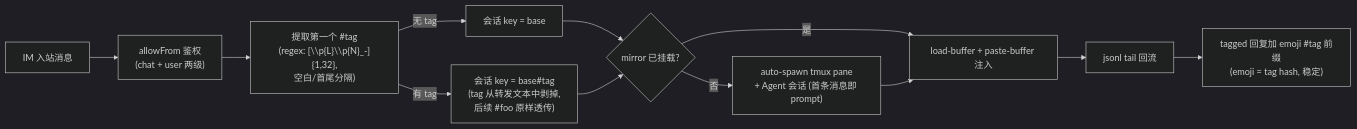
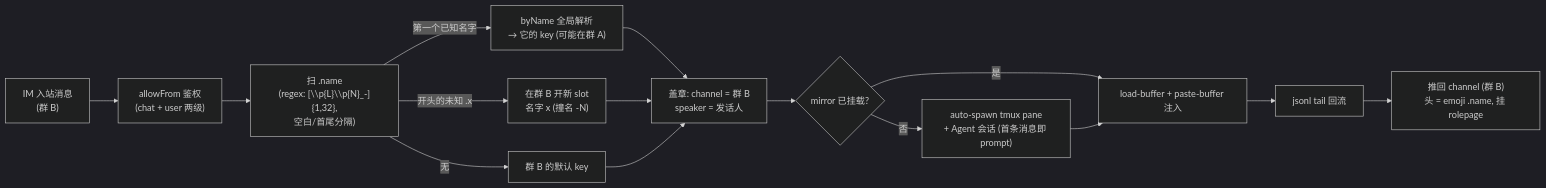
One commit to guxi11/wezard changed the fourth of 12 diagrams in 技术说明.md. Above: the diagram before and after it, drawn with Mermaid (dark theme). The commit also changed other lines of this file and 28 other files, not shown here.

First line of the commit message:
feat(wizard)!: 全局唯一名字 .name、公开/私聊频道、chat 详情页 → rolepage

````diff
--- a/技术说明.md
+++ b/技术说明.md
@@ -95,14 +104,17 @@
 ```mermaid
 flowchart LR
-    msg["IM 入站消息"] --> auth["allowFrom 鉴权<br/>(chat + user 两级)"]
-    auth --> tag["提取第一个 #tag<br/>(regex: [\\p{L}\\p{N}_-]{1,32},<br/>空白/首尾分隔)"]
-    tag -- 无 tag --> base["会话 key = base"]
-    tag -- 有 tag --> tagged["会话 key = base#tag<br/>(tag 从转发文本中剥掉,<br/>后续 #foo 原样透传)"]
-    base --> exist{"mirror 已挂载?"}
-    tagged --> exist
+    msg["IM 入站消息<br/>(群 B)"] --> auth["allowFrom 鉴权<br/>(chat + user 两级)"]
+    auth --> scan["扫 .name<br/>(regex: [\\p{L}\\p{N}_-]{1,32},<br/>空白/首尾分隔)"]
+    scan -- "第一个已知名字" --> byname["byName 全局解析<br/>→ 它的 key (可能在群 A)"]
+    scan -- "开头的未知 .x" --> fresh["在群 B 开新 slot<br/>名字 x (撞名 -N)"]
+    scan -- "无" --> base["群 B 的默认 key"]
+    byname --> stamp["盖章: channel = 群 B<br/>speaker = 发话人"]
+    fresh --> stamp
+    base --> stamp
+    stamp --> exist{"mirror 已挂载?"}
     exist -- 否 --> spawn["auto-spawn tmux pane<br/>+ Agent 会话 (首条消息即 prompt)"]
     exist -- 是 --> paste["load-buffer + paste-buffer 注入"]
     spawn --> paste
     paste --> tail["jsonl tail 回流"]
-    tail --> label["tagged 回复加 emoji #tag 前缀<br/>(emoji = tag hash, 稳定)"]
+    tail --> label["推回 channel (群 B)<br/>头 = emoji .name, 挂 rolepage"]
 ```
````
